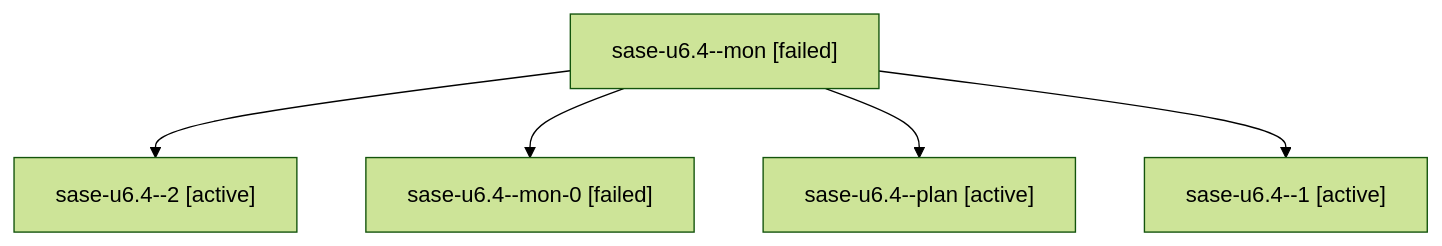
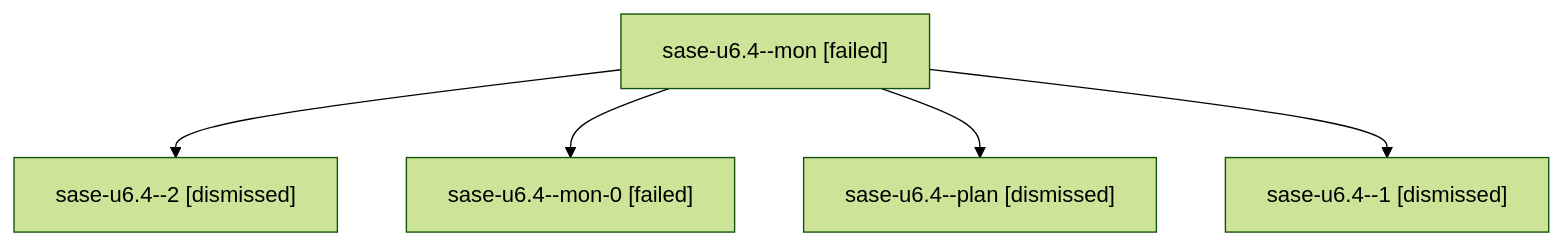
The diagram in sessions/bbugyi200.athena.sase-u6.4.md (sase-org/sase--agents), drawn with Mermaid (forest theme) before and after one commit. The commit also changed other lines of this file and 262 other files, not shown here.

````diff
--- a/sessions/bbugyi200.athena.sase-u6.4.md
+++ b/sessions/bbugyi200.athena.sase-u6.4.md
@@ -9,12 +9,12 @@
 ```mermaid
 flowchart TD
   n0["sase-u6.4--mon [failed]"]
-  n1["sase-u6.4--2 [active]"]
+  n1["sase-u6.4--2 [dismissed]"]
   n0 --> n1
   n2["sase-u6.4--mon-0 [failed]"]
   n0 --> n2
-  n3["sase-u6.4--plan [active]"]
+  n3["sase-u6.4--plan [dismissed]"]
   n0 --> n3
-  n4["sase-u6.4--1 [active]"]
+  n4["sase-u6.4--1 [dismissed]"]
   n0 --> n4
 ```
````
